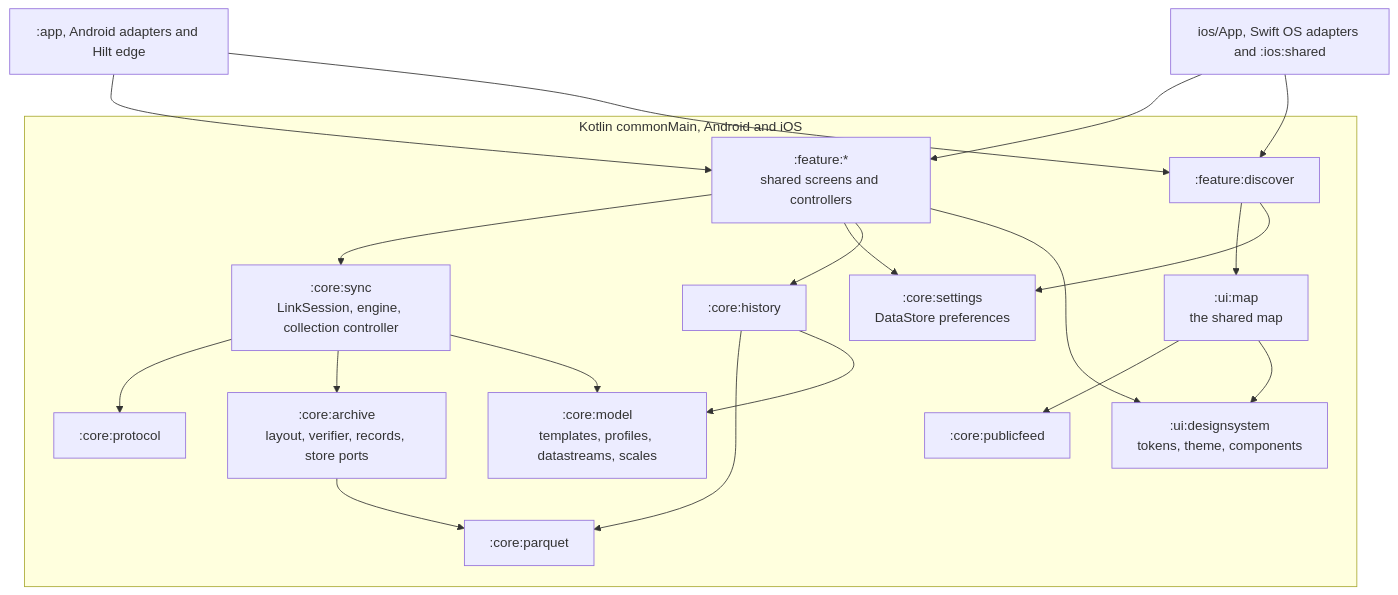
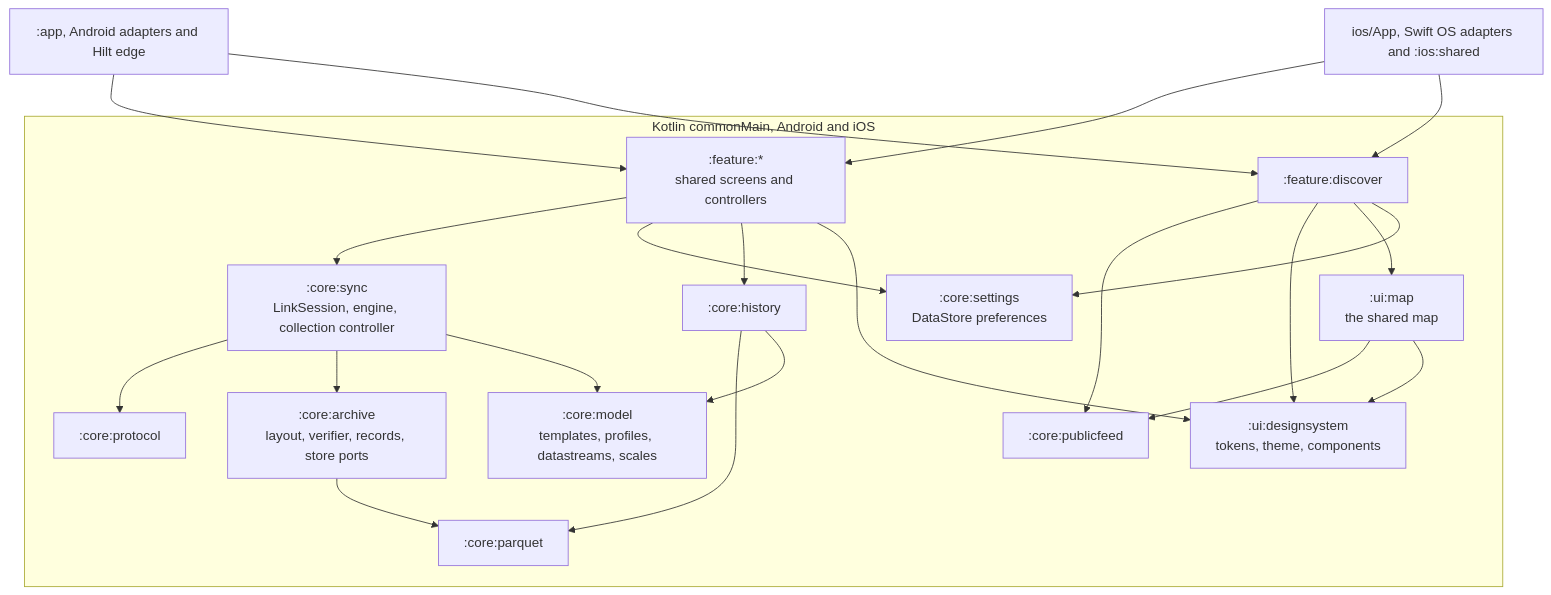
The second of 3 diagrams in docs/architecture.md (walkthru-earth/opensensor-space-mobile), drawn with Mermaid before and after one commit. The commit also changed other lines of this file and 8 other files, not shown here.

````diff
--- a/docs/architecture.md
+++ b/docs/architecture.md
@@ -109,27 +109,27 @@
 ```mermaid
 flowchart TB
   subgraph shared["Kotlin commonMain, Android and iOS"]
     MO[":core:model<br/>templates, profiles, datastreams, scales"]
     PR2[":core:protocol"]
     SY[":core:sync<br/>LinkSession, engine, collection controller"]
     AR[":core:archive<br/>layout, verifier, records, store ports"]
     ST[":core:settings<br/>DataStore preferences"]
     PQ2[":core:parquet"]
     HI2[":core:history"]
     PF[":core:publicfeed"]
     DS[":ui:designsystem<br/>tokens, theme, components"]
     MP[":ui:map<br/>the shared map"]
     FE[":feature:*<br/>shared screens and controllers"]
     DI[":feature:discover"]
   end
   APP2[":app, Android adapters and Hilt edge"]
   IOS2["ios/App, Swift OS adapters and :ios:shared"]
   SY --> PR2 & AR & MO
   AR --> PQ2
   HI2 --> PQ2 & MO
   FE --> SY & ST & HI2 & DS
   MP --> PF & DS
-  DI --> MP & ST
+  DI --> PF & DS & MP & ST
   APP2 --> FE & DI
   IOS2 --> FE & DI
 ```
````
